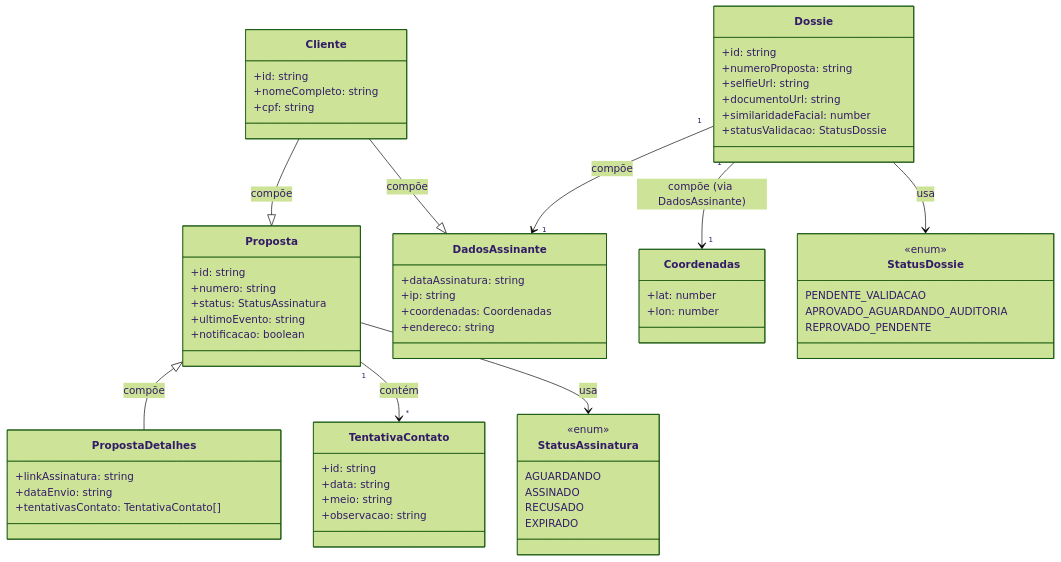
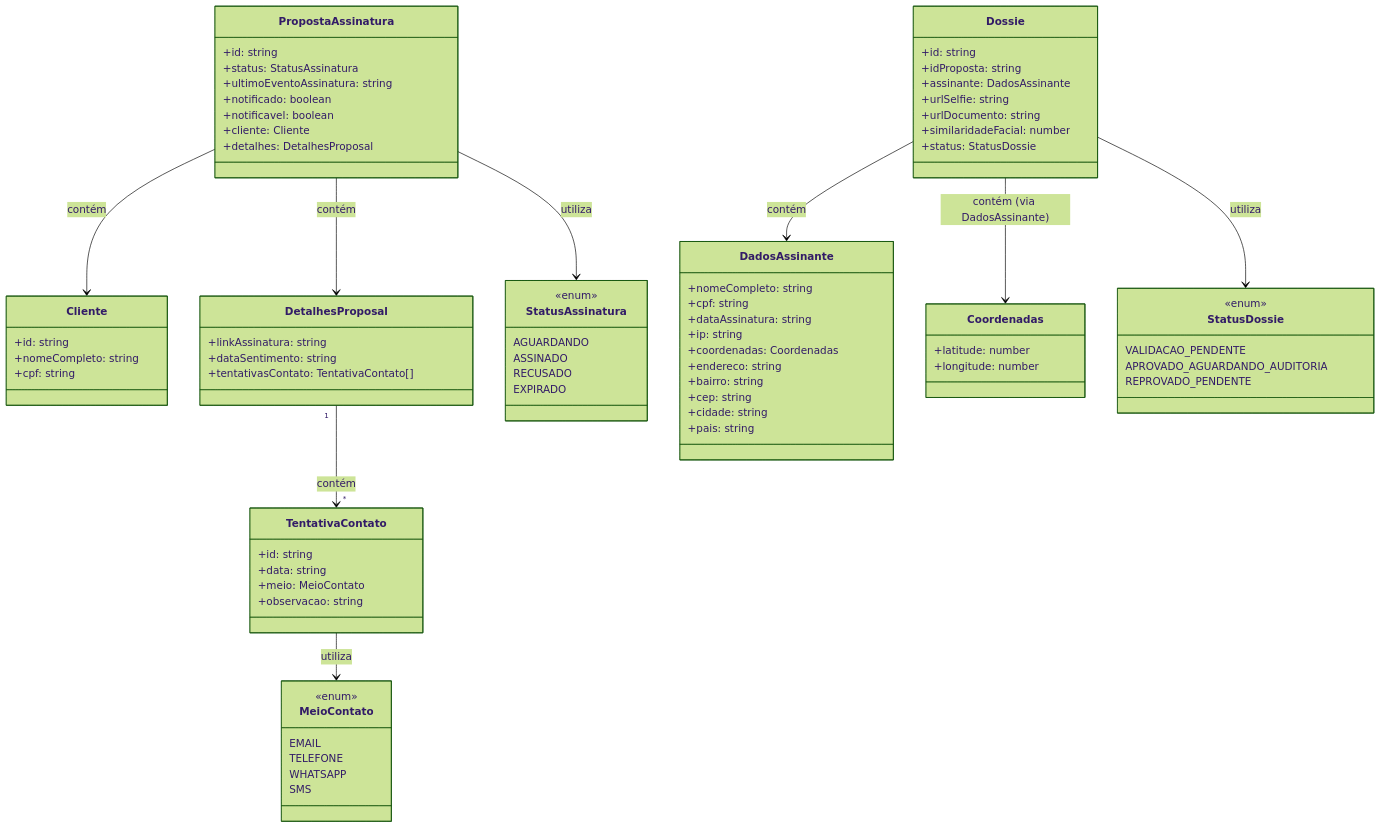
One commit to j-fborges/neocredito changed the diagram in docs/diagrams/objectTypes-draft.md. Above: the diagram before and after it, drawn with Mermaid (forest theme). The commit also changed other lines of this file and 6 other files, not shown here.

Commit message:
docs: Adds Documentation to the Project reviews README & type diagrams

````diff
--- a/docs/diagrams/objectTypes-draft.md
+++ b/docs/diagrams/objectTypes-draft.md
@@ -1,5 +5,4 @@
 ```mermaid
-
 classDiagram
     class Cliente {
         +id: string
@@ -7,46 +10,63 @@
         +cpf: string
     }
 
-    class Proposta {
+    class PropostaAssinatura {
         +id: string
-        +numero: string
         +status: StatusAssinatura
-        +ultimoEvento: string
-        +notificacao: boolean
+        +ultimoEventoAssinatura: string
+        +notificado: boolean
+        +notificavel: boolean
+        +cliente: Cliente
+        +detalhes: DetalhesProposal
     }
 
-    class PropostaDetalhes {
+    class DetalhesProposal {
         +linkAssinatura: string
-        +dataEnvio: string
+        +dataSentimento: string
         +tentativasContato: TentativaContato[]
-    }
-
-    class DadosAssinante {
-        +dataAssinatura: string
-        +ip: string
-        +coordenadas: Coordenadas
-        +endereco: string
-    }
-
-    class Dossie {
-        +id: string
-        +numeroProposta: string
-        +selfieUrl: string
-        +documentoUrl: string
-        +similaridadeFacial: number
-        +statusValidacao: StatusDossie
-    }
-
-    class Coordenadas {
-        +lat: number
-        +lon: number
     }
 
     class TentativaContato {
         +id: string
         +data: string
-        +meio: string
+        +meio: MeioContato
         +observacao: string
+    }
+
+    class MeioContato {
+        <<enum>>
+        EMAIL
+        TELEFONE
+        WHATSAPP
+        SMS
+    }
+
+    class Dossie {
+        +id: string
+        +idProposta: string
+        +assinante: DadosAssinante
+        +urlSelfie: string
+        +urlDocumento: string
+        +similaridadeFacial: number
+        +status: StatusDossie
+    }
+
+    class DadosAssinante {
+        +nomeCompleto: string
+        +cpf: string
+        +dataAssinatura: string
+        +ip: string
+        +coordenadas: Coordenadas
+        +endereco: string
+        +bairro: string
+        +cep: string
+        +cidade: string
+        +pais: string
+    }
+
+    class Coordenadas {
+        +latitude: number
+        +longitude: number
     }
 
     class StatusAssinatura {
@@ -59,18 +79,18 @@
 
     class StatusDossie {
         <<enum>>
-        PENDENTE_VALIDACAO
+        VALIDACAO_PENDENTE
         APROVADO_AGUARDANDO_AUDITORIA
         REPROVADO_PENDENTE
     }
 
-    Cliente --|> Proposta : compõe
-    Cliente --|> DadosAssinante : compõe
-    Proposta <|-- PropostaDetalhes : compõe
-    Proposta "1" --> "*" TentativaContato : contém
-    Dossie "1" --> "1" DadosAssinante : compõe
-    Dossie "1" --> "1" Coordenadas : compõe (via DadosAssinante)
-    Proposta --> StatusAssinatura : usa
-    Dossie --> StatusDossie : usa
+    PropostaAssinatura --> Cliente : contém
+    PropostaAssinatura --> DetalhesProposal : contém
+    PropostaAssinatura --> StatusAssinatura : utiliza
+    DetalhesProposal "1" --> "*" TentativaContato : contém
+    TentativaContato --> MeioContato : utiliza
+    Dossie --> DadosAssinante : contém
+    Dossie --> Coordenadas : contém (via DadosAssinante)
+    Dossie --> StatusDossie : utiliza
 
 ```
````
